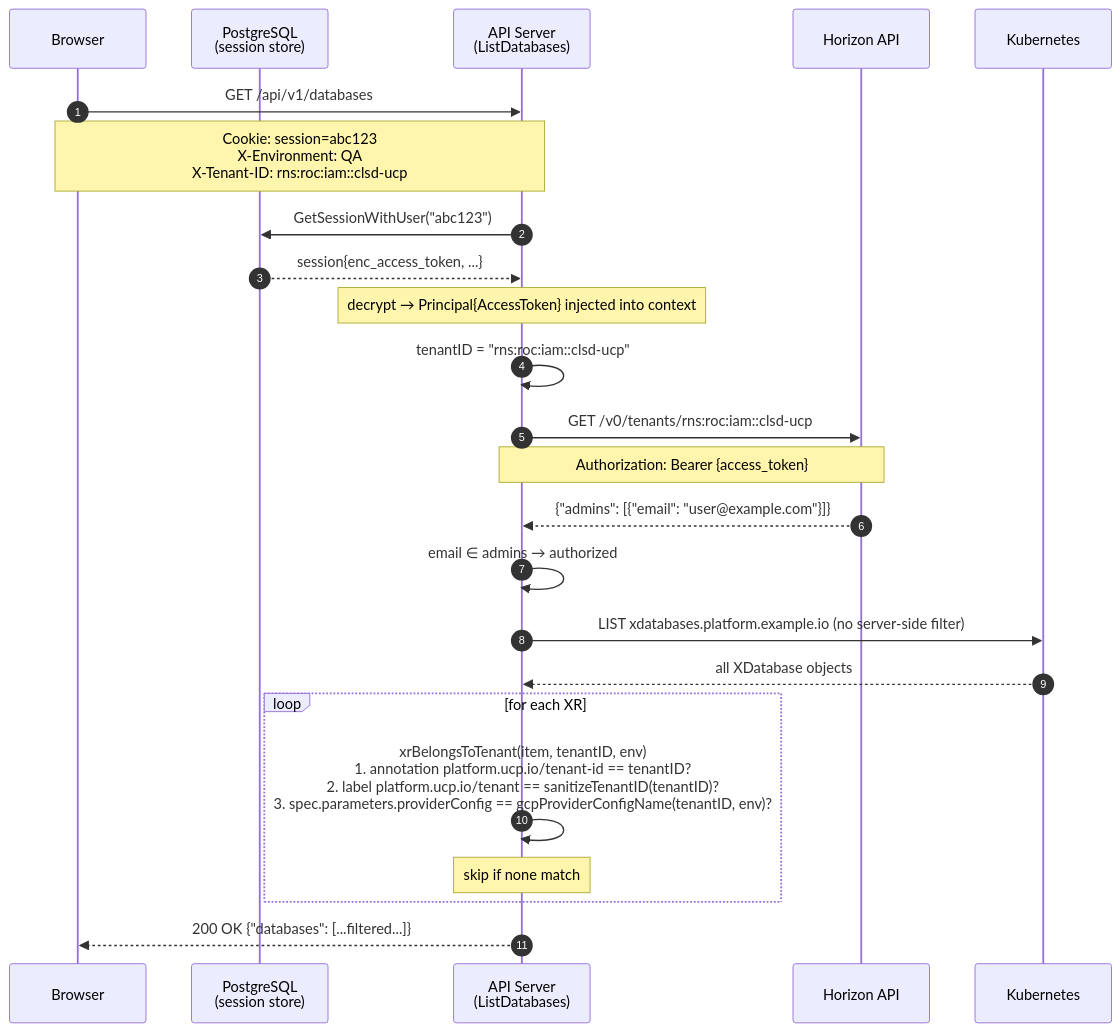
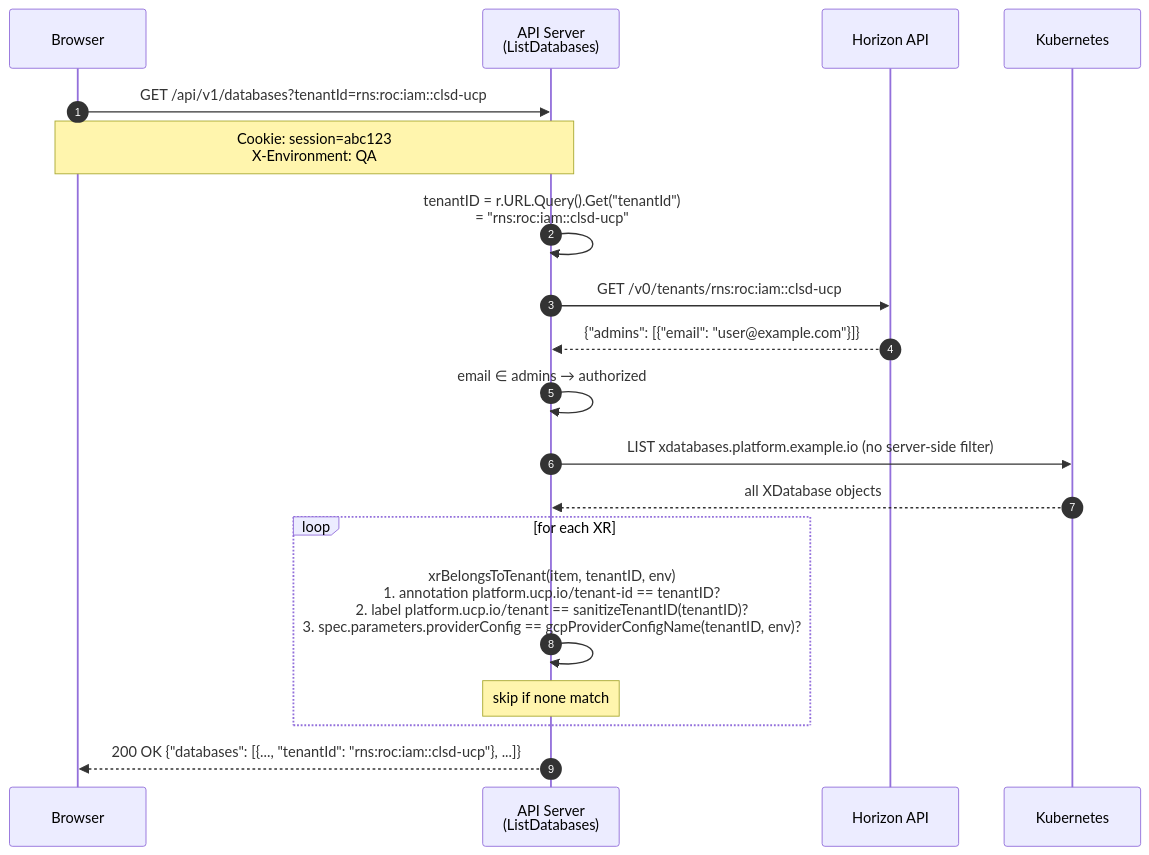
One commit to aripermana-putra/ucp-docs-collection changed the second of 3 diagrams in docs/projects/universal-control-plane-ucp/pocs/tenant-isolation/implementation.md. Above: the diagram before and after it, drawn with Mermaid. The commit also changed other lines of this file and 1 other file, not shown here.

Commit message:
MCUCP-192: Update tenant isolation docs — query param for list, slug path for mutations, tenantId in responses

````diff
--- a/docs/projects/universal-control-plane-ucp/pocs/tenant-isolation/implementation.md
+++ b/docs/projects/universal-control-plane-ucp/pocs/tenant-isolation/implementation.md
@@ -108,34 +118,28 @@
 ```mermaid
 sequenceDiagram
     autonumber
 
     participant Browser
-    participant SessionDB as PostgreSQL<br/>(session store)
     participant Handler as API Server<br/>(ListDatabases)
     participant Horizon as Horizon API
     participant K8s as Kubernetes
 
-    Browser->>Handler: GET /api/v1/databases
-    Note over Browser,Handler: Cookie: session=abc123<br/>X-Environment: QA<br/>X-Tenant-ID: rns:roc:iam::clsd-ucp
+    Browser->>Handler: GET /api/v1/databases?tenantId=rns:roc:iam::clsd-ucp
+    Note over Browser,Handler: Cookie: session=abc123<br/>X-Environment: QA
 
-    Handler->>SessionDB: GetSessionWithUser("abc123")
-    SessionDB-->>Handler: session{enc_access_token, ...}
-    Note over Handler: decrypt → Principal{AccessToken} injected into context
-
-    Handler->>Handler: tenantID = "rns:roc:iam::clsd-ucp"
+    Handler->>Handler: tenantID = r.URL.Query().Get("tenantId")<br/>= "rns:roc:iam::clsd-ucp"
 
     Handler->>Horizon: GET /v0/tenants/rns:roc:iam::clsd-ucp
-    Note over Handler,Horizon: Authorization: Bearer {access_token}
     Horizon-->>Handler: {"admins": [{"email": "user@example.com"}]}
     Handler->>Handler: email ∈ admins → authorized
 
     Handler->>K8s: LIST xdatabases.platform.example.io (no server-side filter)
     K8s-->>Handler: all XDatabase objects
 
     loop for each XR
         Handler->>Handler: xrBelongsToTenant(item, tenantID, env)<br/>1. annotation platform.ucp.io/tenant-id == tenantID?<br/>2. label platform.ucp.io/tenant == sanitizeTenantID(tenantID)?<br/>3. spec.parameters.providerConfig == gcpProviderConfigName(tenantID, env)?
         Note over Handler: skip if none match
     end
 
-    Handler-->>Browser: 200 OK {"databases": [...filtered...]}
+    Handler-->>Browser: 200 OK {"databases": [{..., "tenantId": "rns:roc:iam::clsd-ucp"}, ...]}
 ```
````
